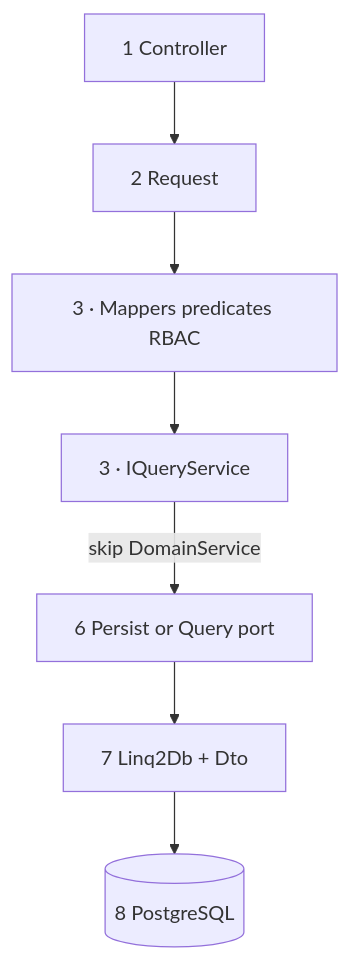
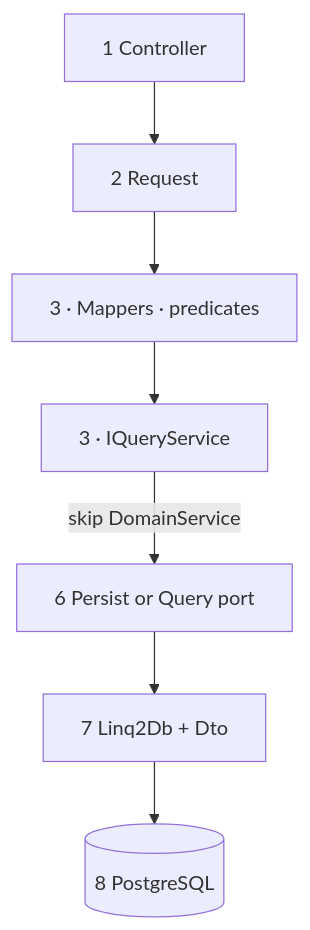
One commit to MAKS-IT-COM/maksit-certs-ui changed the fourth of 4 diagrams in assets/docs/ARCHITECTURE_LAYERING.md. Above: the diagram before and after it, drawn with Mermaid. The commit also changed other lines of this file and 309 other files, not shown here.

Commit message:
(bugfix): full allignment to MaksIT.Vault architecture

````diff
--- a/assets/docs/ARCHITECTURE_LAYERING.md
+++ b/assets/docs/ARCHITECTURE_LAYERING.md
@@ -144,5 +144,5 @@
 ```mermaid
 %% Query Pattern B outbound thin search
 flowchart TB
-  b1["1 Controller"] --> b2["2 Request"] --> b_map["3 · Mappers predicates RBAC"] --> b_qry["3 · IQueryService"] -->|"skip DomainService"| b6["6 Persist or Query port"] --> b7["7 Linq2Db + Dto"] --> b8[(8 PostgreSQL)]
+  b1["1 Controller"] --> b2["2 Request"] --> b_map["3 · Mappers · predicates"] --> b_qry["3 · IQueryService"] -->|"skip DomainService"| b6["6 Persist or Query port"] --> b7["7 Linq2Db + Dto"] --> b8[(8 PostgreSQL)]
 ```
````
